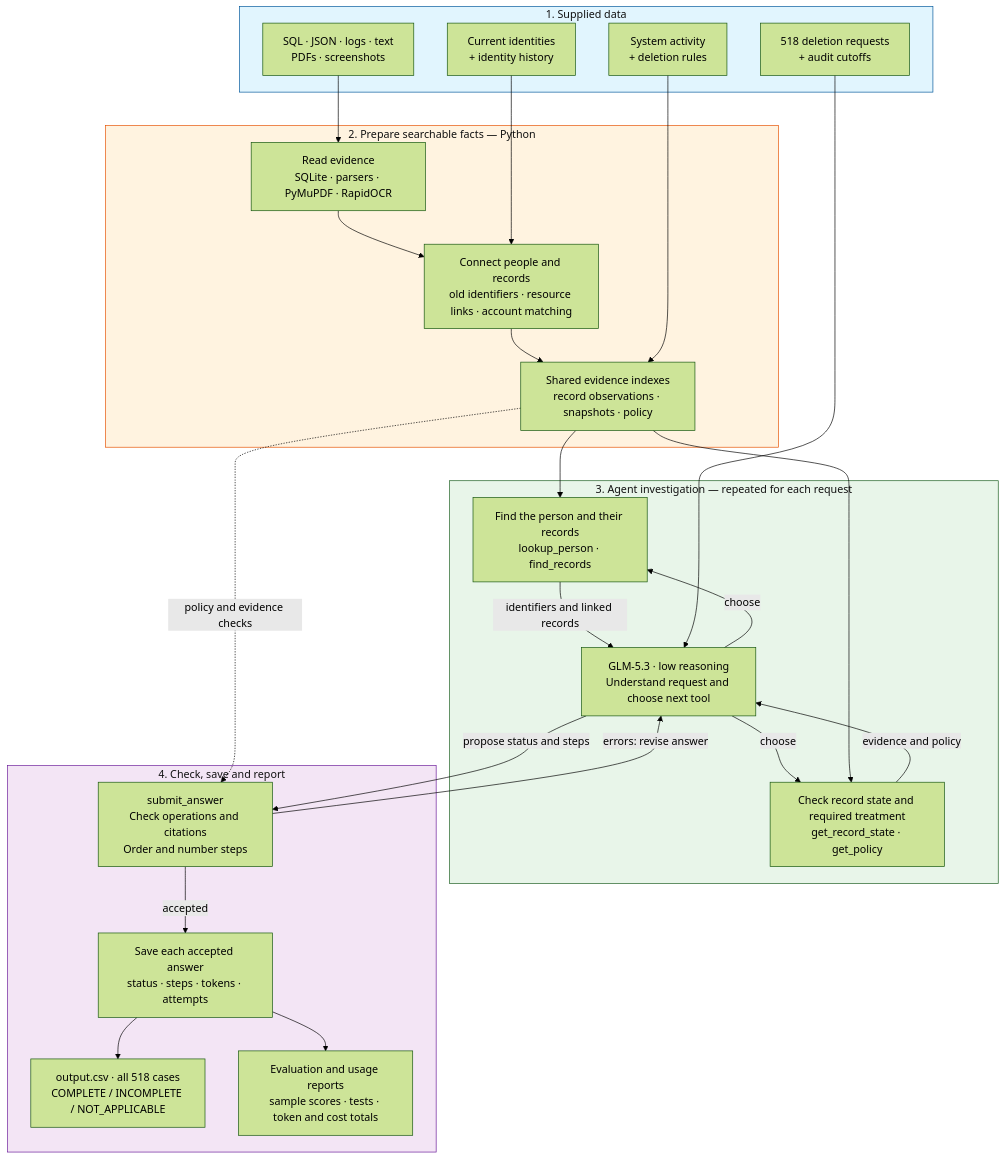
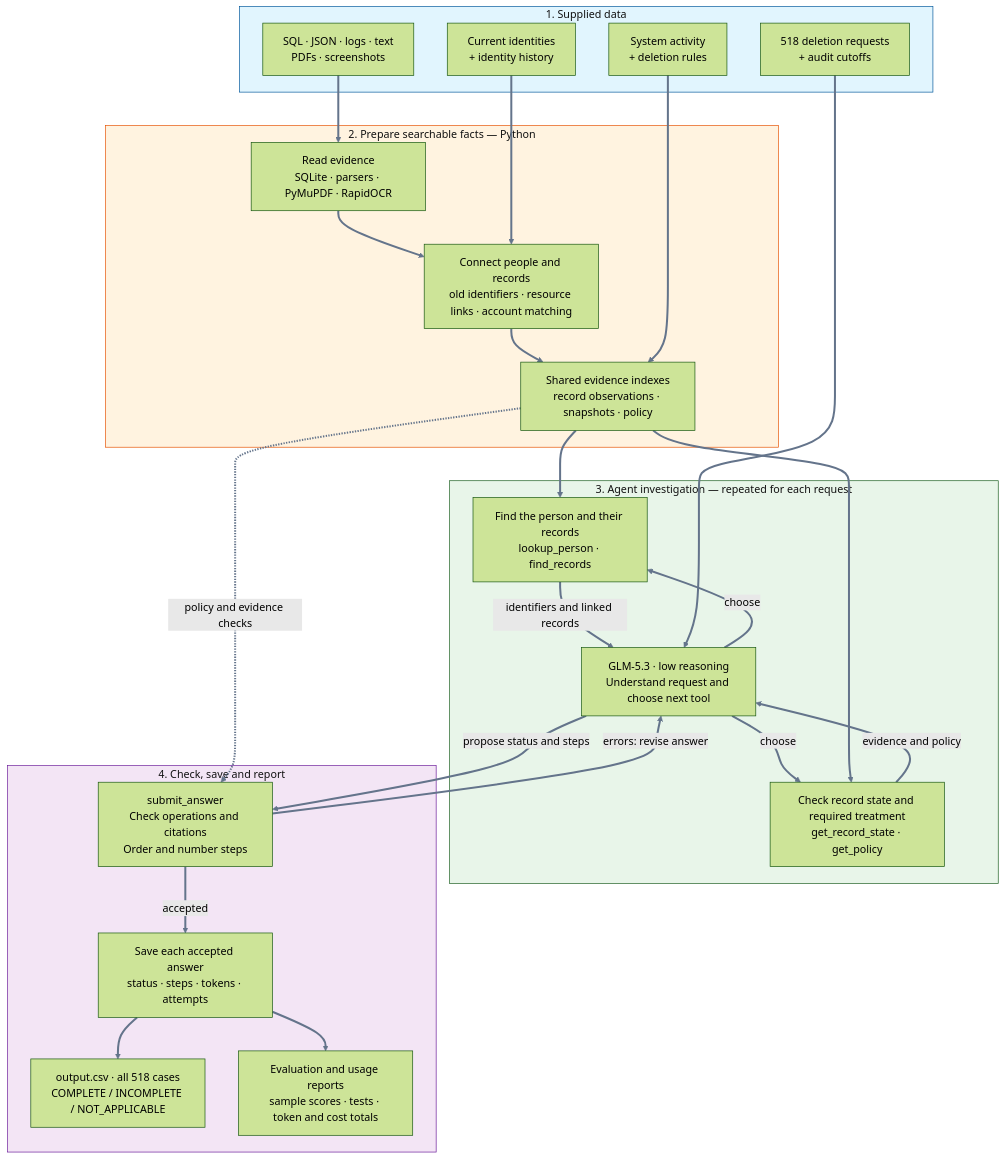
One commit to VIVPM/hackerrank-ghost-data-still-exists changed the diagram in README.md. Above: the diagram before and after it, drawn with Mermaid (forest theme).

Commit message:
docs: improve architecture arrow contrast

````diff
--- a/README.md
+++ b/README.md
@@ -49,51 +49,52 @@
 ```mermaid
 flowchart TB
     subgraph Input["1. Supplied data"]
         Files["SQL · JSON · logs · text<br/>PDFs · screenshots"]
         People["Current identities<br/>+ identity history"]
         Activity["System activity<br/>+ deletion rules"]
         Requests["518 deletion requests<br/>+ audit cutoffs"]
     end
 
     subgraph Prepare["2. Prepare searchable facts — Python"]
         Read["Read evidence<br/>SQLite · parsers · PyMuPDF · RapidOCR"]
         Match["Connect people and records<br/>old identifiers · resource links · account matching"]
         Store["Shared evidence indexes<br/>record observations · snapshots · policy"]
         Read --> Match --> Store
     end
 
     subgraph Investigate["3. Agent investigation — repeated for each request"]
         Agent["GLM-5.3 · low reasoning<br/>Understand request and choose next tool"]
         IdentityTools["Find the person and their records<br/>lookup_person · find_records"]
         RecordTools["Check record state and required treatment<br/>get_record_state · get_policy"]
         Agent -->|"choose"| IdentityTools
         Agent -->|"choose"| RecordTools
         IdentityTools -->|"identifiers and linked records"| Agent
         RecordTools -->|"evidence and policy"| Agent
     end
 
     subgraph Finish["4. Check, save and report"]
         Check["submit_answer<br/>Check operations and citations<br/>Order and number steps"]
         Saved["Save each accepted answer<br/>status · steps · tokens · attempts"]
         CSV["output.csv · all 518 cases<br/>COMPLETE / INCOMPLETE / NOT_APPLICABLE"]
         Reports["Evaluation and usage reports<br/>sample scores · tests · token and cost totals"]
         Check -->|"accepted"| Saved
         Saved --> CSV
         Saved --> Reports
     end
 
     Files --> Read
     People --> Match
     Activity --> Store
     Requests --> Agent
     Store --> IdentityTools
     Store --> RecordTools
     Store -.->|"policy and evidence checks"| Check
     Agent -->|"propose status and steps"| Check
     Check -->|"errors: revise answer"| Agent
 
     style Input fill:#e1f5fe,stroke:#01579b,color:#111
     style Prepare fill:#fff3e0,stroke:#e65100,color:#111
     style Investigate fill:#e8f5e9,stroke:#1b5e20,color:#111
     style Finish fill:#f3e5f5,stroke:#6a1b9a,color:#111
+    linkStyle default stroke:#64748b,stroke-width:3px
 ```
````
